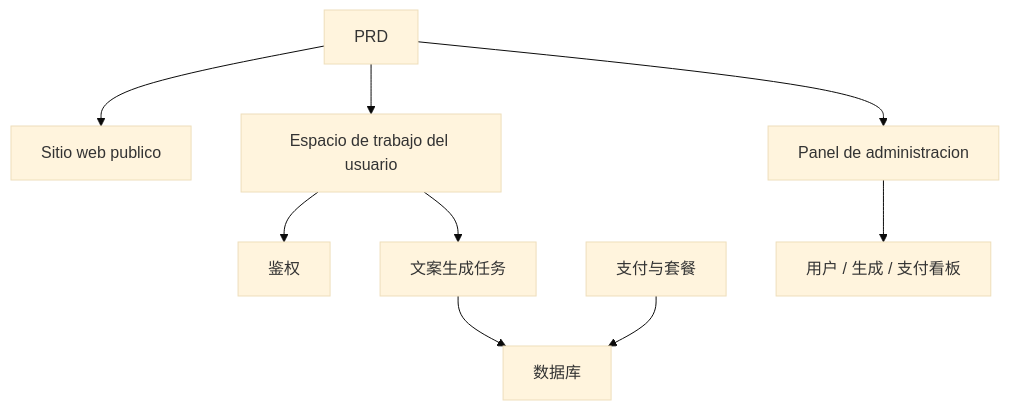
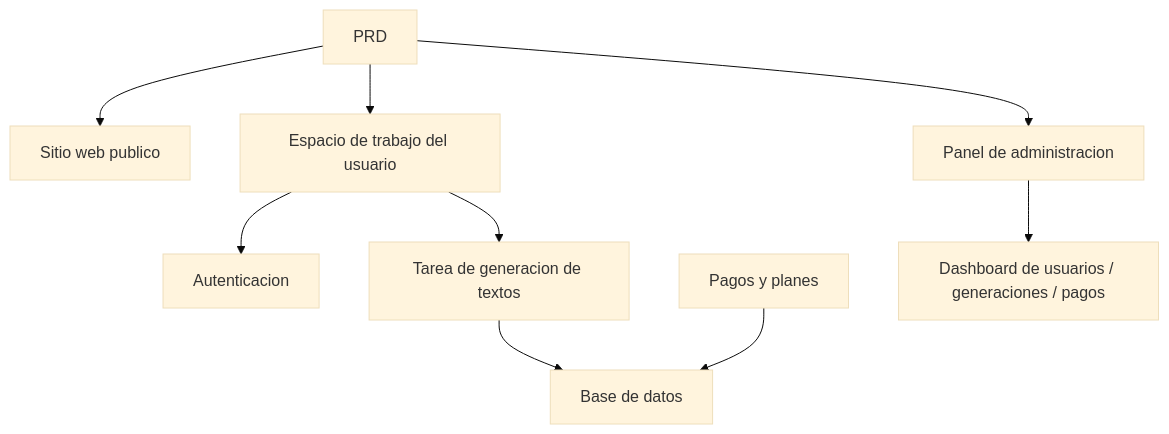
Before and after one commit to sketchymonk/easy-vibe: the diagram in docs/es-es/stage-2/assignments/copywriting-platform-supabase/index.md, drawn with Mermaid (base theme). The commit also changed other lines of this file and 59 other files, not shown here.

````diff
--- a/docs/es-es/stage-2/assignments/copywriting-platform-supabase/index.md
+++ b/docs/es-es/stage-2/assignments/copywriting-platform-supabase/index.md
@@ -76,11 +76,11 @@
 ```mermaid
 flowchart TD
   prd["PRD"] --> web["Sitio web publico"]
   prd --> app["Espacio de trabajo del usuario"]
   prd --> admin["Panel de administracion"]
-  app --> auth["鉴权"]
-  app --> gen["文案生成任务"]
-  gen --> db["数据库"]
-  billing["支付与套餐"] --> db
-  admin --> analytics["用户 / 生成 / 支付看板"]
+  app --> auth["Autenticacion"]
+  app --> gen["Tarea de generacion de textos"]
+  gen --> db["Base de datos"]
+  billing["Pagos y planes"] --> db
+  admin --> analytics["Dashboard de usuarios / generaciones / pagos"]
 ```
````
